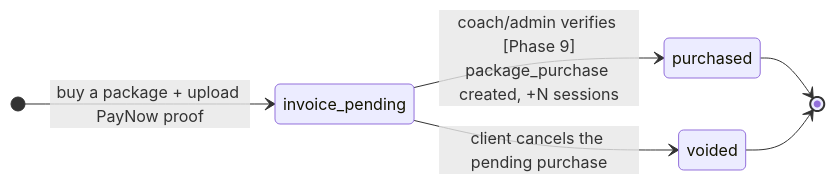
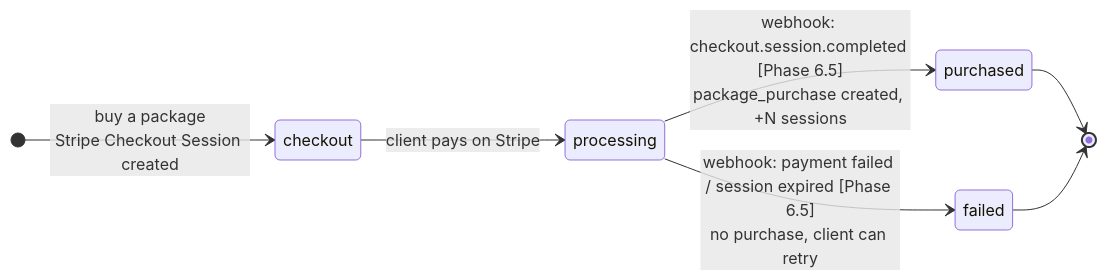
Before and after one commit to adidoesnt/bwh-monorepo: the second of 2 diagrams in apps/booking-portal/docs/BOOKING-LIFECYCLE.md, drawn with Mermaid. The commit also changed other lines of this file and 1 other file, not shown here.

First line of the commit message:
docs: plan Phase 6.5 — Stripe replaces PayNow for package purchases

````diff
--- a/apps/booking-portal/docs/BOOKING-LIFECYCLE.md
+++ b/apps/booking-portal/docs/BOOKING-LIFECYCLE.md
@@ -60,9 +68,10 @@
 ```mermaid
 stateDiagram-v2
     direction LR
-    [*] --> invoice_pending: buy a package + upload PayNow proof
-    invoice_pending --> purchased: coach/admin verifies [Phase 9]<br/>package_purchase created, +N sessions
-    invoice_pending --> voided: client cancels the pending purchase
+    [*] --> checkout: buy a package<br/>Stripe Checkout Session created
+    checkout --> processing: client pays on Stripe
+    processing --> purchased: webhook: checkout.session.completed [Phase 6.5]<br/>package_purchase created, +N sessions
+    processing --> failed: webhook: payment failed / session expired [Phase 6.5]<br/>no purchase, client can retry
     purchased --> [*]
-    voided --> [*]
+    failed --> [*]
 ```
````
